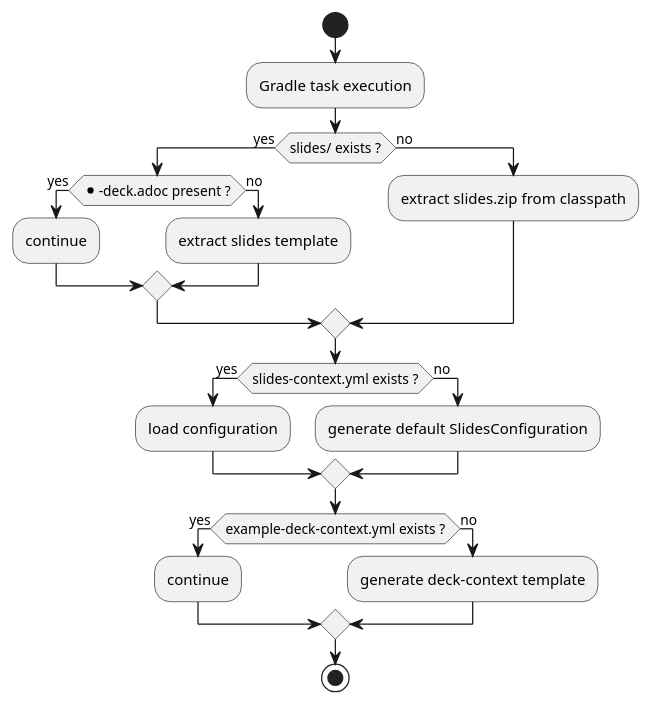
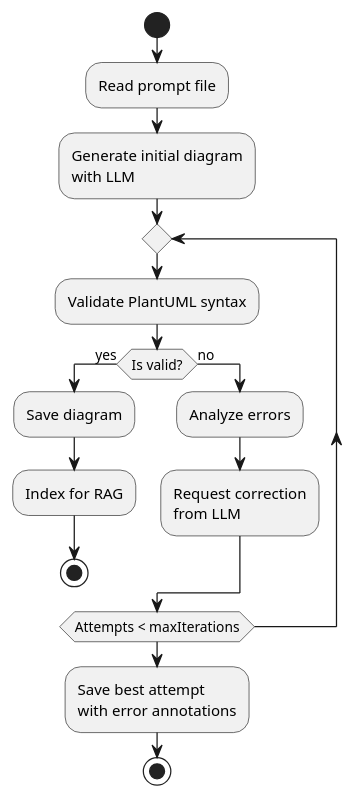
The second of 2 diagrams in README_truth.adoc (cheroliv/plantuml-gradle), drawn with PlantUML before and after one commit. The commit also changed other lines of this file and 1 other file, not shown here.

Commit message:
README_truth.adoc

```diff
--- a/README_truth.adoc
+++ b/README_truth.adoc
@@ -258,30 +284,20 @@
-[plantuml]
-----
+[plantuml, target=pipeline-lifecycle, format=svg]
+....
 @startuml
 start
-:Gradle task execution;
-
-if (slides/ exists ?) then (yes)
-  if (*-deck.adoc present ?) then (yes)
-    :continue;
+:Read prompt file;
+:Generate initial diagram\nwith LLM;
+repeat
+  :Validate PlantUML syntax;
+  if (Is valid?) then (yes)
+    :Save diagram;
+    :Index for RAG;
+    stop
   else (no)
-    :extract slides template;
+    :Analyze errors;
+    :Request correction\nfrom LLM;
   endif
-else (no)
-  :extract slides.zip from classpath;
-endif
-
-if (slides-context.yml exists ?) then (yes)
-  :load configuration;
-else (no)
-  :generate default SlidesConfiguration;
-endif
-
-if (example-deck-context.yml exists ?) then (yes)
-  :continue;
-else (no)
-  :generate deck-context template;
-endif
+repeat while (Attempts < maxIterations)
+:Save best attempt\nwith error annotations;
 stop
-@enduml
-----
+....
```
